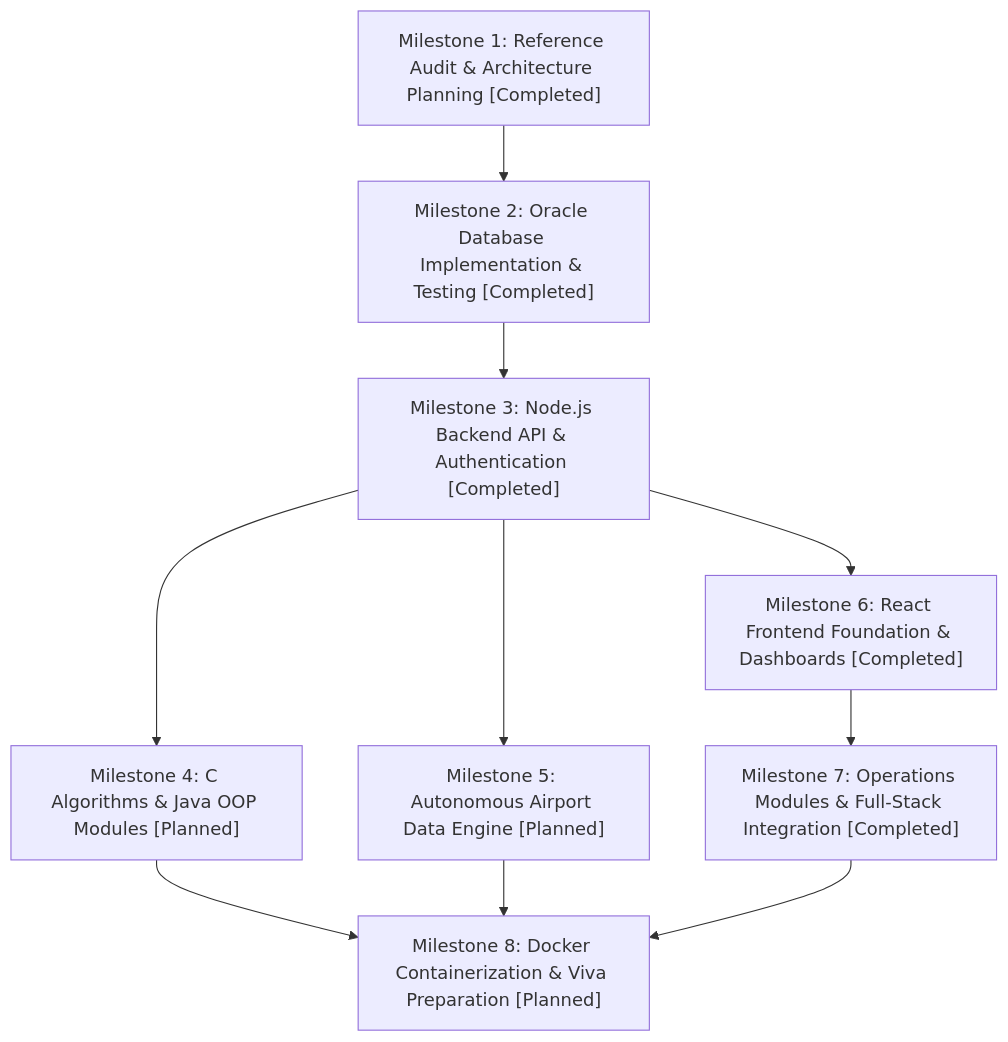
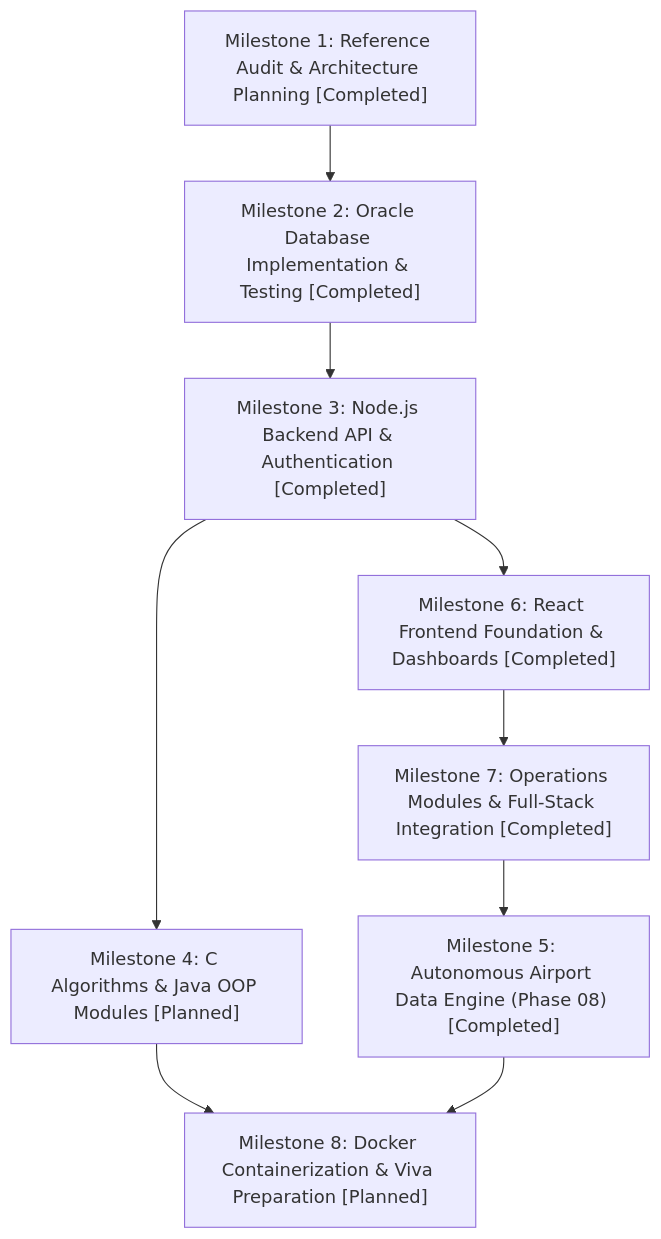
Before and after one commit to Saravana65/Airport-Management-System: the diagram in docs/DEVELOPMENT_ROADMAP.md, drawn with Mermaid. The commit also changed other lines of this file and 31 other files, not shown here.

Commit message:
feat(aade): implement autonomous airport monitoring engine

````diff
--- a/docs/DEVELOPMENT_ROADMAP.md
+++ b/docs/DEVELOPMENT_ROADMAP.md
@@ -13,21 +13,20 @@
 ```mermaid
 flowchart TD
     M1["Milestone 1: Reference Audit & Architecture Planning [Completed]"]
     M2["Milestone 2: Oracle Database Implementation & Testing [Completed]"]
     M3["Milestone 3: Node.js Backend API & Authentication [Completed]"]
     M4["Milestone 4: C Algorithms & Java OOP Modules [Planned]"]
-    M5["Milestone 5: Autonomous Airport Data Engine [Planned]"]
+    M5["Milestone 5: Autonomous Airport Data Engine (Phase 08) [Completed]"]
     M6["Milestone 6: React Frontend Foundation & Dashboards [Completed]"]
     M7["Milestone 7: Operations Modules & Full-Stack Integration [Completed]"]
     M8["Milestone 8: Docker Containerization & Viva Preparation [Planned]"]
 
     M1 --> M2
     M2 --> M3
     M3 --> M6
     M6 --> M7
+    M7 --> M5
     M3 --> M4
-    M3 --> M5
     M4 --> M8
     M5 --> M8
-    M7 --> M8
 ```
````
